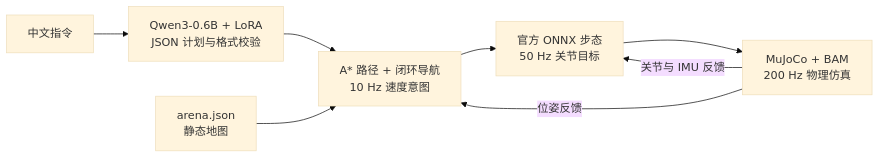
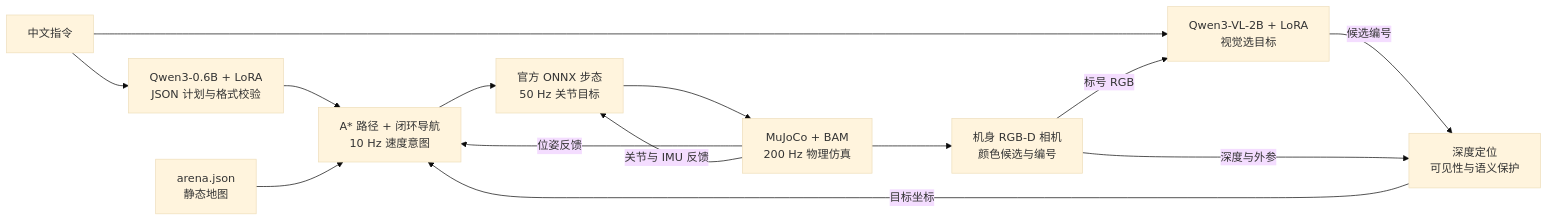
One commit to atlasmarkz/microduck-qwen changed the diagram in README.md. Above: the diagram before and after it, drawn with Mermaid (base theme). The commit also changed other lines of this file and 44 other files, not shown here.

````diff
--- a/README.md
+++ b/README.md
@@ -7,10 +7,16 @@
 ```mermaid
 flowchart LR
     U["中文指令"] --> Q["Qwen3-0.6B + LoRA<br/>JSON 计划与格式校验"]
     Q --> N["A* 路径 + 闭环导航<br/>10 Hz 速度意图"]
+    U --> V["Qwen3-VL-2B + LoRA<br/>视觉选目标"]
+    S --> C["机身 RGB-D 相机<br/>颜色候选与编号"]
+    C -->|标号 RGB| V
+    V -->|候选编号| L["深度定位<br/>可见性与语义保护"]
+    C -->|深度与外参| L
+    L -->|目标坐标| N
     A["arena.json<br/>静态地图"] --> N
     N --> G["官方 ONNX 步态<br/>50 Hz 关节目标"]
     G --> S["MuJoCo + BAM<br/>200 Hz 物理仿真"]
     S -->|位姿反馈| N
     S -->|关节与 IMU 反馈| G
 ```
````
